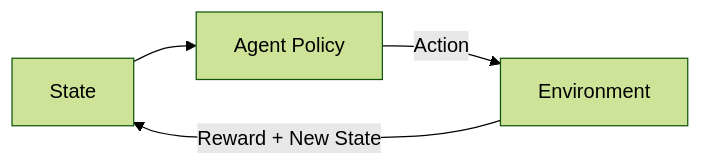
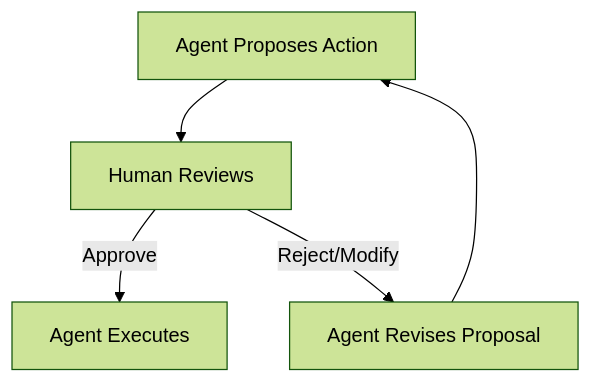
Before and after one commit to m-rizqinovniari/agentic-handbook: the first of 5 diagrams in docusaurus/docs/part-2/chapter-7.md, drawn with Mermaid (forest theme). The commit also changed other lines of this file and 19 other files, not shown here.

````diff
--- a/docusaurus/docs/part-2/chapter-7.md
+++ b/docusaurus/docs/part-2/chapter-7.md
@@ -64,6 +77,7 @@
 ```mermaid
-flowchart LR
-    S[State] --> A[Agent Policy]
-    A -->|Action| E[Environment]
-    E -->|Reward + New State| S
+flowchart TD
+    A[Agent Proposes Action] --> B[Human Reviews]
+    B -->|Approve| C[Agent Executes]
+    B -->|Reject/Modify| D[Agent Revises Proposal]
+    D --> A
 ```
````
